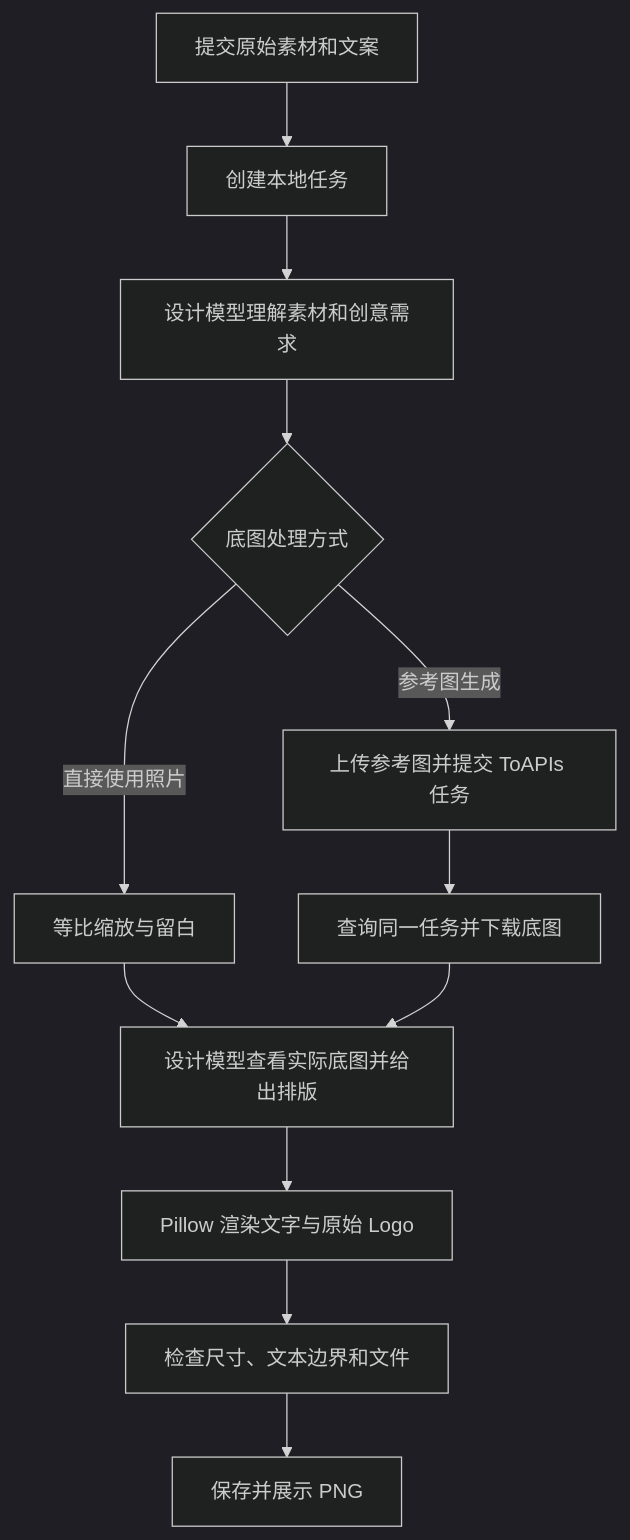
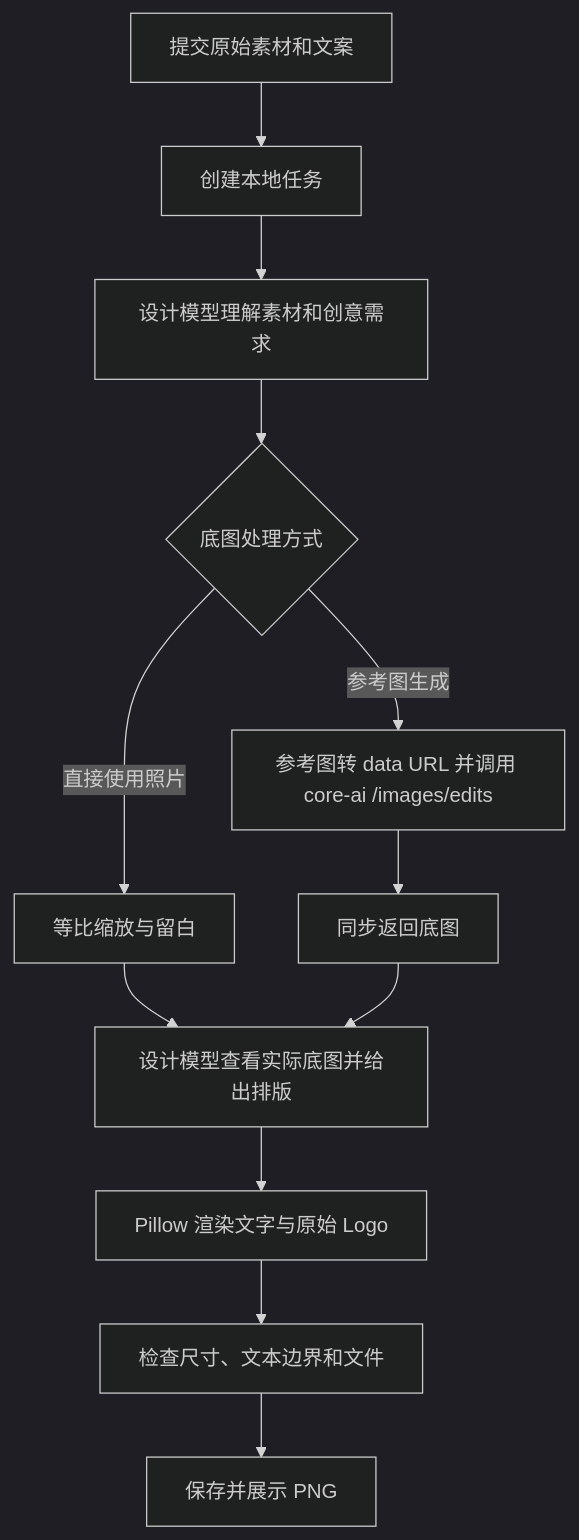
Before and after one commit to Simon-zhengwh/social-media: the diagram in doc/plan.md, drawn with Mermaid (dark theme). The commit also changed other lines of this file and 87 other files, not shown here.

````diff
--- a/doc/plan.md
+++ b/doc/plan.md
@@ -204,14 +183,14 @@
 ```mermaid
 flowchart TD
     A[提交原始素材和文案] --> B[创建本地任务]
     B --> C[设计模型理解素材和创意需求]
     C --> D{底图处理方式}
     D -->|直接使用照片| E[等比缩放与留白]
-    D -->|参考图生成| F[上传参考图并提交 ToAPIs 任务]
-    F --> G[查询同一任务并下载底图]
+    D -->|参考图生成| F[参考图转 data URL 并调用 core-ai /images/edits]
+    F --> G[同步返回底图]
     E --> H[设计模型查看实际底图并给出排版]
     G --> H
     H --> I[Pillow 渲染文字与原始 Logo]
     I --> J[检查尺寸、文本边界和文件]
     J --> K[保存并展示 PNG]
 ```
````
